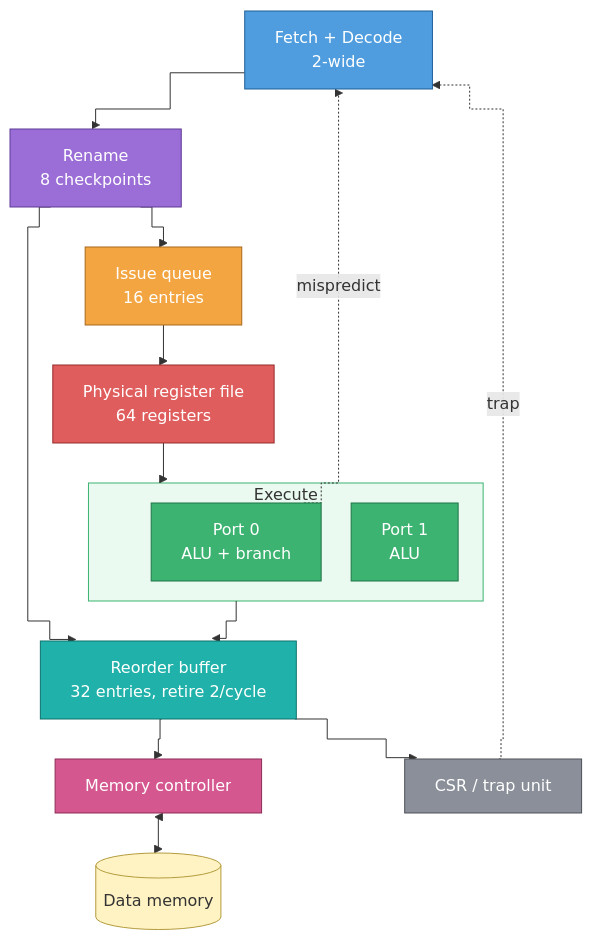
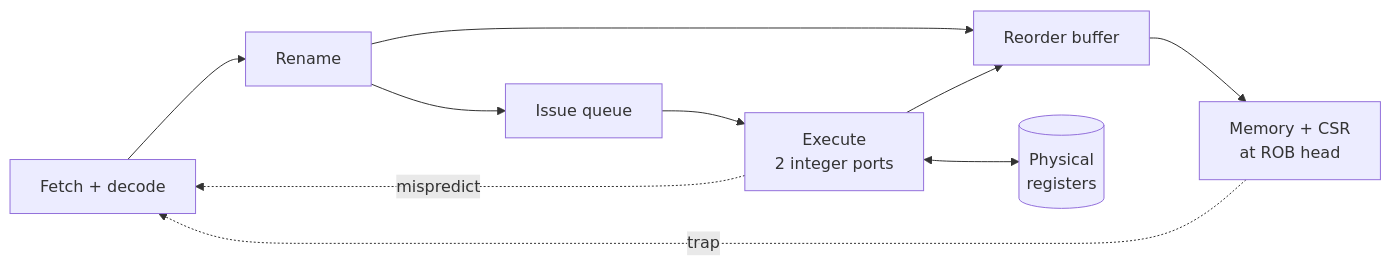
Before and after one commit to HuyHuy-bit/Spec-OoO-RV32I-Processor: the diagram in README.md, drawn with Mermaid. The commit also changed other lines of this file and 3 other files, not shown here.

````diff
--- a/README.md
+++ b/README.md
@@ -30,29 +18,12 @@
 ```mermaid
-%%{init: {"flowchart": {"curve": "step", "nodeSpacing": 30, "rankSpacing": 40}}}%%
-flowchart TB
-    F[Fetch + Decode<br/>2-wide]:::front --> R[Rename<br/>8 checkpoints]:::rename
-    R --> IQ[Issue queue<br/>16 entries]:::sched
-    R --> ROB[Reorder buffer<br/>32 entries, retire 2/cycle]:::retire
-    IQ --> PRF[Physical register file<br/>64 registers]:::regs
-    PRF --> EX
-    subgraph EX[Execute]
-        E0[Port 0<br/>ALU + branch]:::exec
-        E1[Port 1<br/>ALU]:::exec
-    end
+flowchart LR
+    F[Fetch + decode] --> R[Rename]
+    R --> IQ[Issue queue]
+    R --> ROB[Reorder buffer]
+    IQ --> EX[Execute<br/>2 integer ports]
+    EX <--> PRF[(Physical<br/>registers)]
     EX --> ROB
-    E0 -. mispredict .-> F
-    ROB --> MEM[Memory controller]:::memctl <--> DMEM[(Data memory)]:::mem
-    ROB --> CSR[CSR / trap unit]:::sys
-    CSR -. trap .-> F
-
-    classDef front  fill:#4f9dde,stroke:#1f5f99,color:#fff
-    classDef rename fill:#9b6dd6,stroke:#5e3a96,color:#fff
-    classDef sched  fill:#f2a541,stroke:#a8681a,color:#fff
-    classDef regs   fill:#e05d5d,stroke:#962c2c,color:#fff
-    classDef exec   fill:#3cb371,stroke:#1f7346,color:#fff
-    classDef retire fill:#20b2aa,stroke:#11716c,color:#fff
-    classDef memctl fill:#d4588f,stroke:#8c2d58,color:#fff
-    classDef sys    fill:#8a8f99,stroke:#4d5159,color:#fff
-    classDef mem    fill:#fff3c4,stroke:#b39b3c,color:#333
-    style EX fill:#eafaf0,stroke:#3cb371
+    ROB --> HEAD[Memory + CSR<br/>at ROB head]
+    EX -. mispredict .-> F
+    HEAD -. trap .-> F
 ```
````
